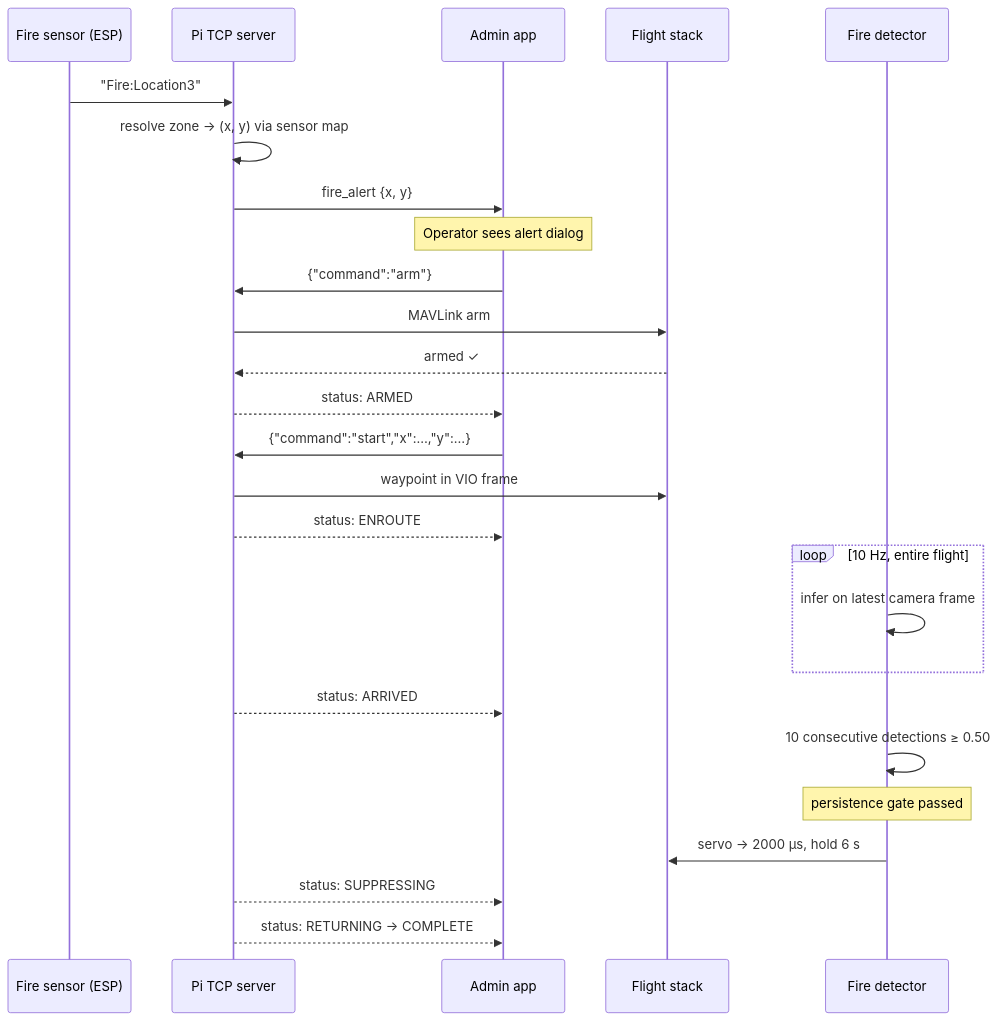
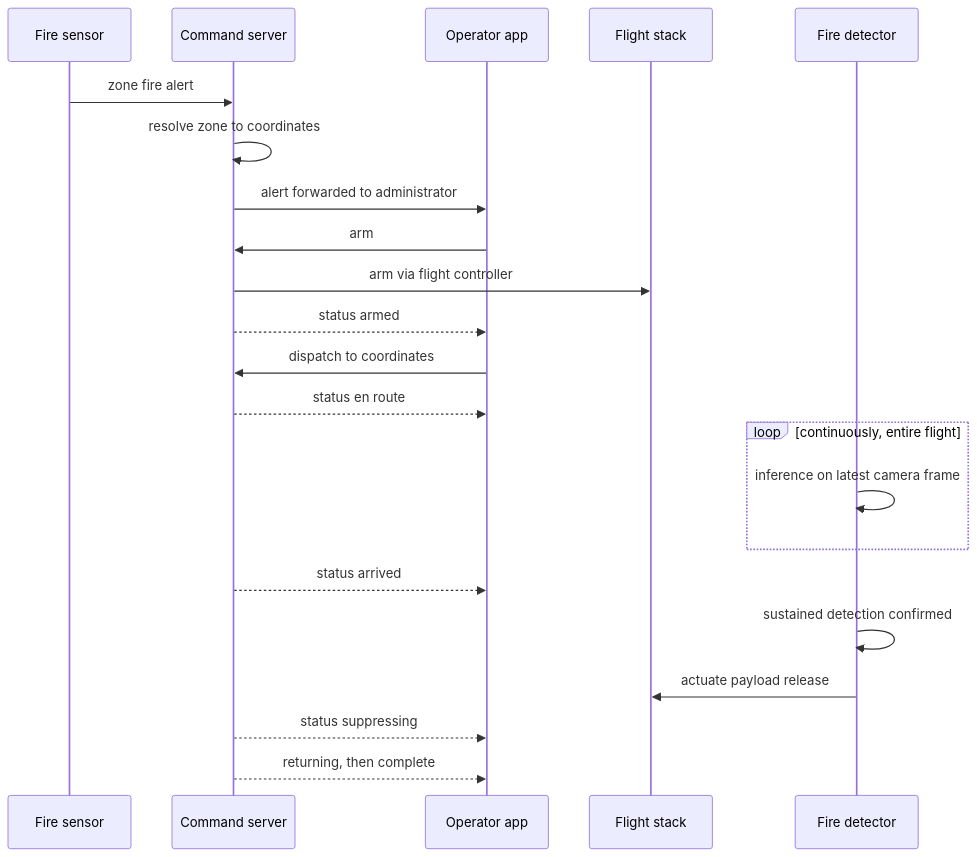
The second of 2 diagrams in README.md (Husnaiin/Guardian), drawn with Mermaid before and after one commit. The commit also changed other lines of this file, not shown here.

````diff
--- a/README.md
+++ b/README.md
@@ -139,29 +112,25 @@
 ```mermaid
 sequenceDiagram
-    participant S as Fire sensor (ESP)
-    participant P as Pi TCP server
-    participant A as Admin app
+    participant S as Fire sensor
+    participant P as Command server
+    participant A as Operator app
     participant F as Flight stack
     participant V as Fire detector
 
-    S->>P: "Fire:Location3"
-    P->>P: resolve zone → (x, y) via sensor map
-    P->>A: fire_alert {x, y}
-    Note over A: Operator sees alert dialog
-    A->>P: {"command":"arm"}
-    P->>F: MAVLink arm
-    F-->>P: armed ✓
-    P-->>A: status: ARMED
-    A->>P: {"command":"start","x":…,"y":…}
-    P->>F: waypoint in VIO frame
-    P-->>A: status: ENROUTE
-    loop 10 Hz, entire flight
-        V->>V: infer on latest camera frame
+    S->>P: zone fire alert
+    P->>P: resolve zone to coordinates
+    P->>A: alert forwarded to administrator
+    A->>P: arm
+    P->>F: arm via flight controller
+    P-->>A: status armed
+    A->>P: dispatch to coordinates
+    P-->>A: status en route
+    loop continuously, entire flight
+        V->>V: inference on latest camera frame
     end
-    P-->>A: status: ARRIVED
-    V->>V: 10 consecutive detections ≥ 0.50
-    Note over V: persistence gate passed
-    V->>F: servo → 2000 µs, hold 6 s
-    P-->>A: status: SUPPRESSING
-    P-->>A: status: RETURNING → COMPLETE
+    P-->>A: status arrived
+    V->>V: sustained detection confirmed
+    V->>F: actuate payload release
+    P-->>A: status suppressing
+    P-->>A: returning, then complete
 ```
````
